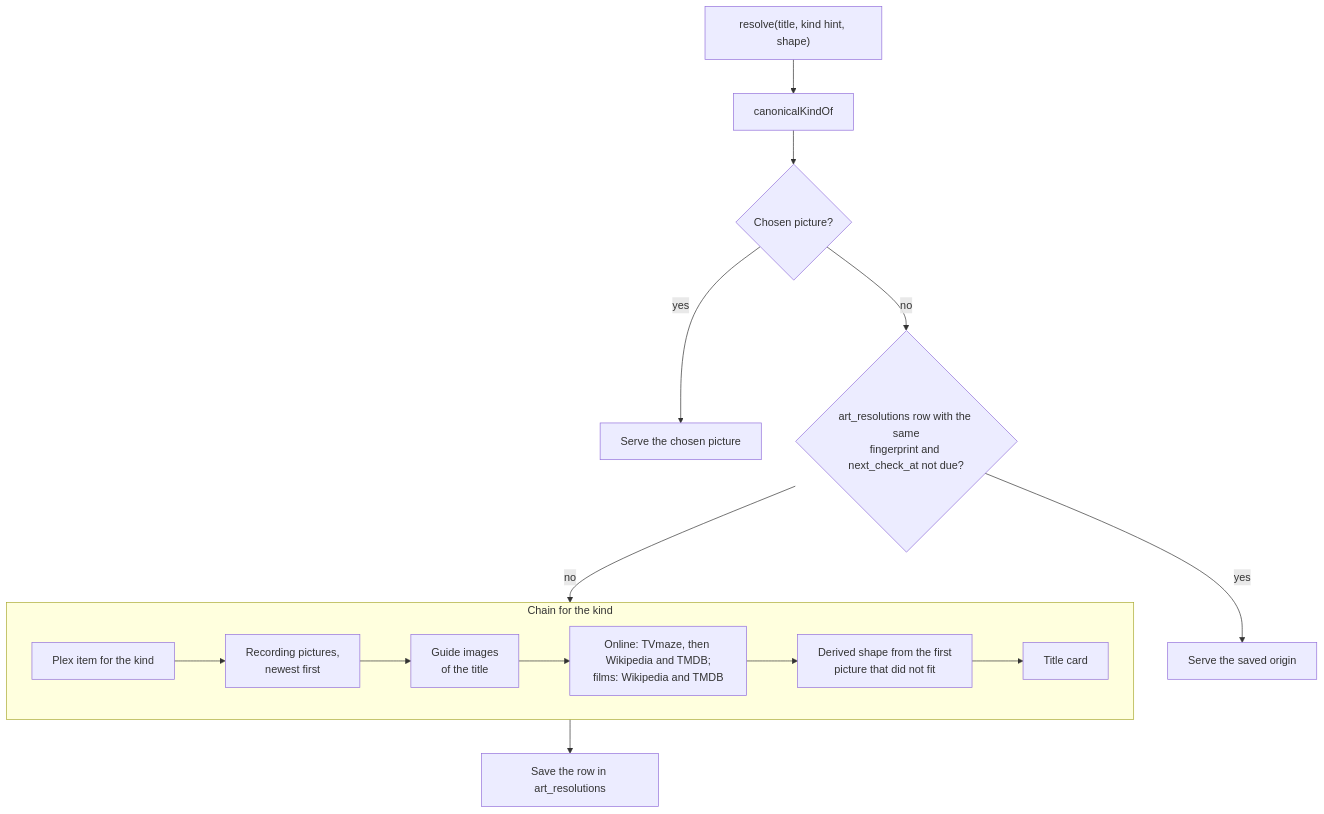
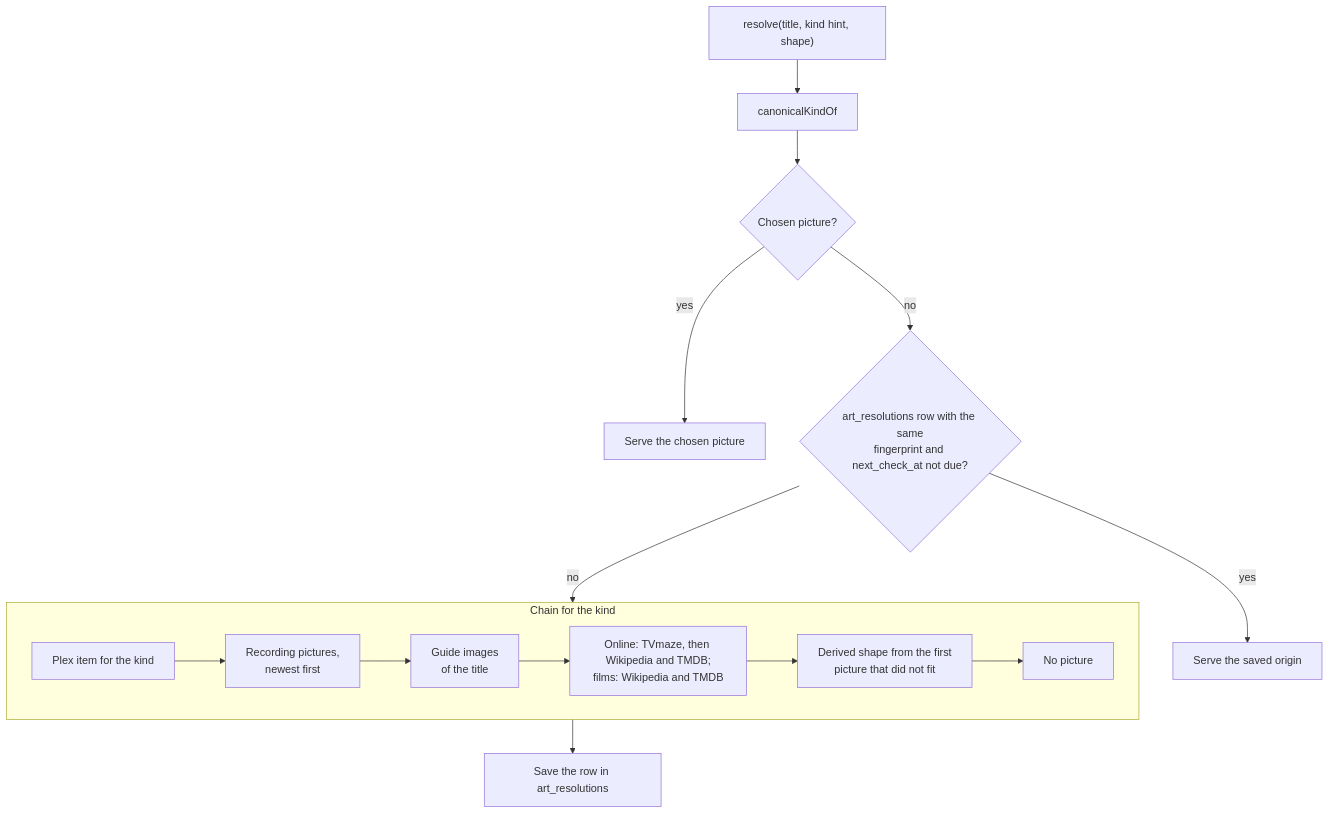
Before and after one commit to furey/freetvarr: the ninth of 9 diagrams in docs/DEEP_DIVE.md, drawn with Mermaid. The commit also changed other lines of this file and 14 other files, not shown here.

Commit message:
Removed the server title card so a title with no picture answers 404 with X-Art-State final, saved the final miss on the retry ladder, and made TitleArt stop asking again on a final miss and show the page fallback.

````diff
--- a/docs/DEEP_DIVE.md
+++ b/docs/DEEP_DIVE.md
@@ -1194,17 +1193,17 @@
 ```mermaid
 flowchart TD
   request["resolve(title, kind hint, shape)"] --> kind["canonicalKindOf"]
   kind --> choice{"Chosen picture?"}
   choice -- yes --> serveChoice["Serve the chosen picture"]
   choice -- no --> saved{"art_resolutions row with the same<br>fingerprint and next_check_at not due?"}
   saved -- yes --> serveSaved["Serve the saved origin"]
   saved -- no --> chain
   subgraph chain["Chain for the kind"]
     plex["Plex item for the kind"] --> recording["Recording pictures,<br>newest first"]
     recording --> guide["Guide images<br>of the title"]
     guide --> online["Online: TVmaze, then Wikipedia and TMDB;<br>films: Wikipedia and TMDB"]
     online --> derived["Derived shape from the first<br>picture that did not fit"]
-    derived --> card["Title card"]
+    derived --> none["No picture"]
   end
   chain --> store["Save the row in art_resolutions"]
 ```
````
